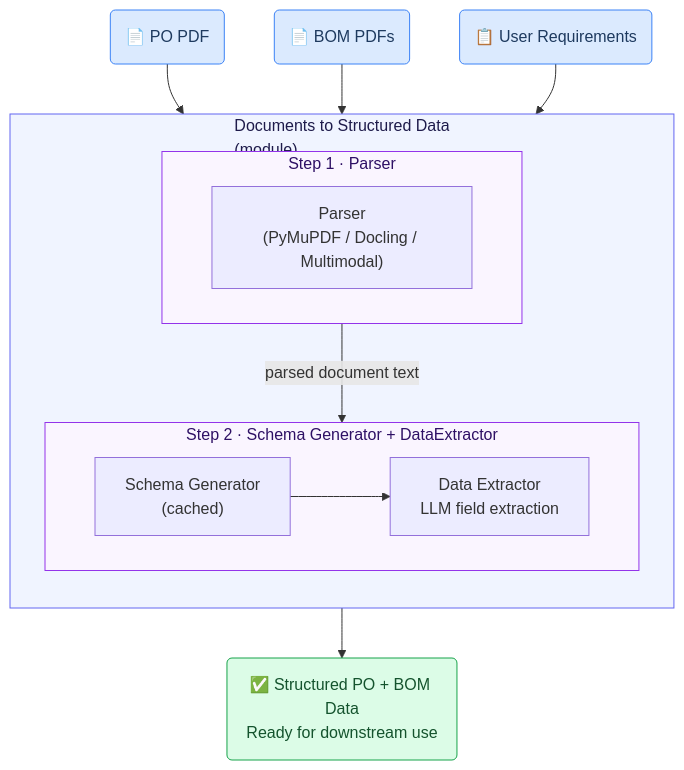
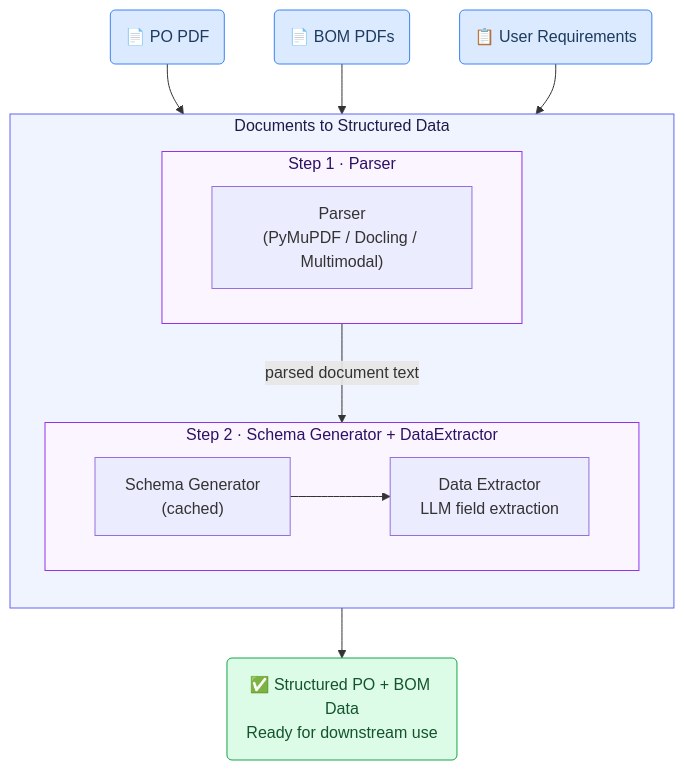
Before and after one commit to GAIK-project/gaik-toolkit: the fifth of 5 diagrams in guidance_layer/website/content/docs/use-cases/purchase-order-processing.mdx, drawn with Mermaid. The commit also changed 8 other files, not shown here.

````diff
--- a/guidance_layer/website/content/docs/use-cases/purchase-order-processing.mdx
+++ b/guidance_layer/website/content/docs/use-cases/purchase-order-processing.mdx
@@ -281,32 +281,32 @@
 ```mermaid
 flowchart TD
     IN1("📄 PO PDF") --> MOD
     IN2("📄 BOM PDFs") --> MOD
     IN4("📋 User Requirements") --> MOD
 
-    subgraph MOD["Documents to Structured Data\n(module)"]
+    subgraph MOD["Documents to Structured Data"]
         direction TB
 
         subgraph PA["Step 1 · Parser"]
             direction LR
             PAR["Parser\n(PyMuPDF / Docling / Multimodal)"]
         end
 
         subgraph PB["Step 2 · Schema Generator + DataExtractor"]
             direction LR
             SG["Schema Generator\n(cached)"] --> EXTR["Data Extractor\nLLM field extraction"]
         end
 
         PA -->|"parsed document text"| PB
     end
 
     MOD --> STRUC("✅ Structured PO + BOM Data\nReady for downstream use")
 
     style IN1 fill:#dbeafe,stroke:#3b82f6,color:#1e3a5f
     style IN2 fill:#dbeafe,stroke:#3b82f6,color:#1e3a5f
     style IN4 fill:#dbeafe,stroke:#3b82f6,color:#1e3a5f
     style STRUC fill:#dcfce7,stroke:#16a34a,color:#14532d
     style MOD fill:#f0f4ff,stroke:#6366f1,color:#1e1b4b
     style PA fill:#faf5ff,stroke:#9333ea,color:#2e1065
     style PB fill:#faf5ff,stroke:#9333ea,color:#2e1065
 ```
````
